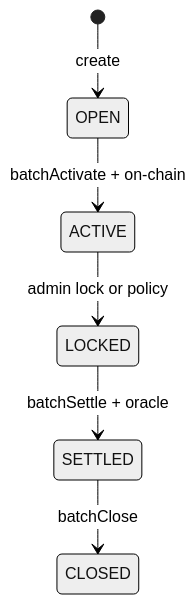
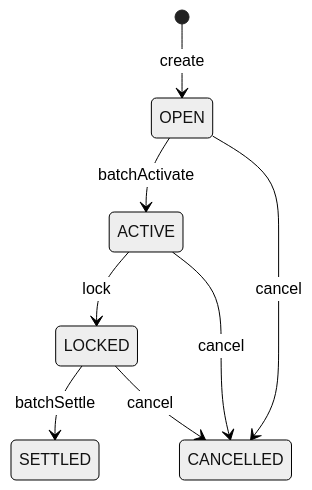
Before and after one commit to MagRelo/cut: the fifth of 6 diagrams in spec/cross-layer.md, drawn with Mermaid (neutral theme). The commit also changed other lines of this file and 25 other files, not shown here.

````diff
--- a/spec/cross-layer.md
+++ b/spec/cross-layer.md
@@ -139,8 +139,10 @@
 ```mermaid
 stateDiagram-v2
   [*] --> OPEN: create
-  OPEN --> ACTIVE: batchActivate + on-chain
-  ACTIVE --> LOCKED: admin lock or policy
-  LOCKED --> SETTLED: batchSettle + oracle
-  SETTLED --> CLOSED: batchClose
+  OPEN --> ACTIVE: batchActivate
+  ACTIVE --> LOCKED: lock
+  LOCKED --> SETTLED: batchSettle
+  OPEN --> CANCELLED: cancel
+  ACTIVE --> CANCELLED: cancel
+  LOCKED --> CANCELLED: cancel
 ```
````
